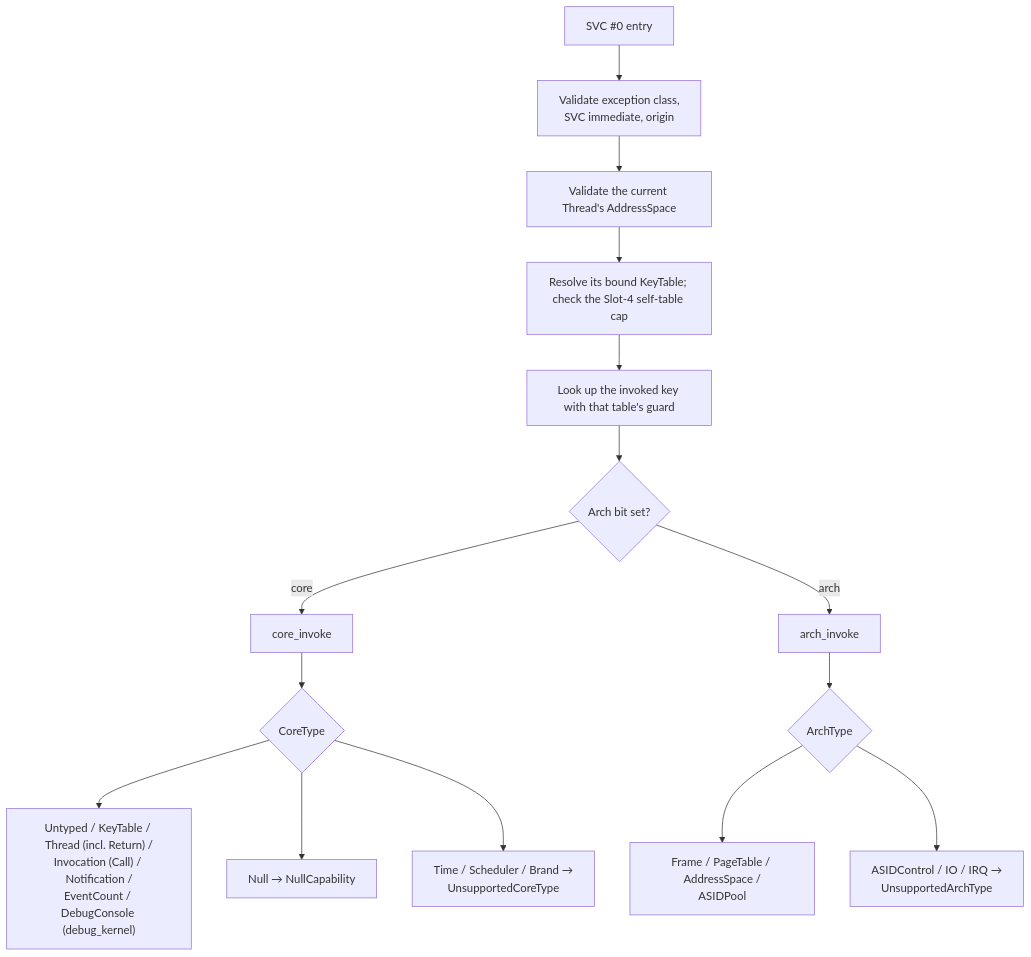
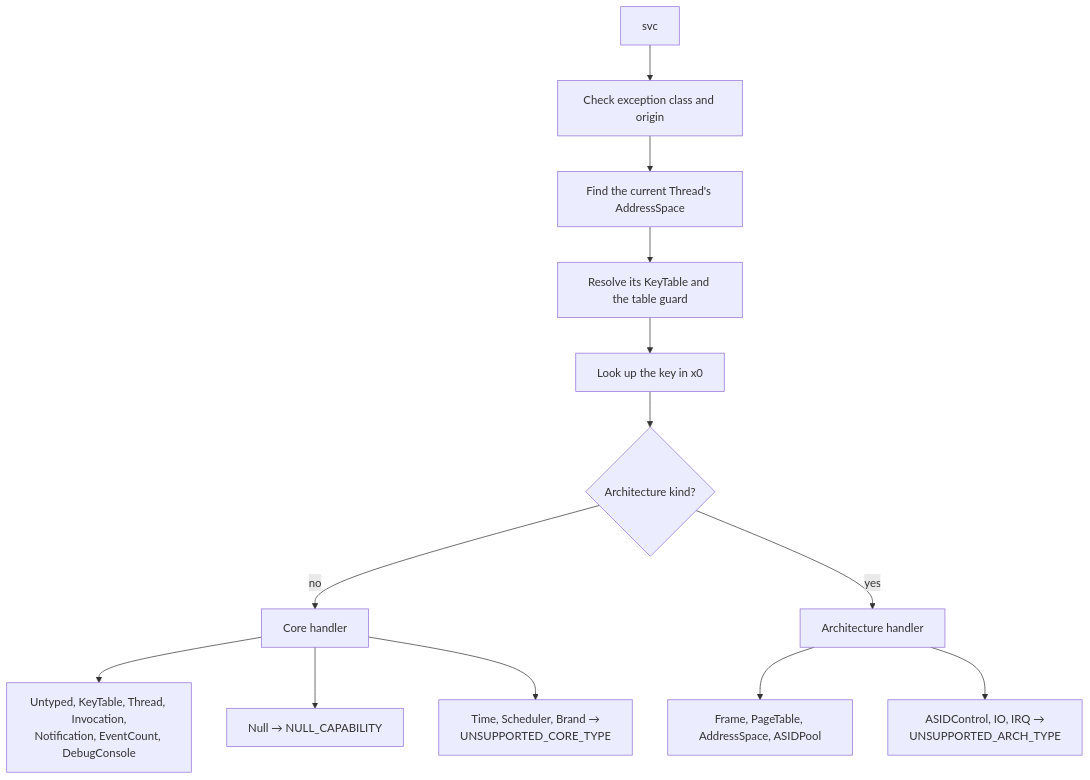
The diagram in doc/object_types/README.md (metta-systems/vesper), drawn with Mermaid before and after one commit. The commit also changed other lines of this file and 23 other files, not shown here.

````diff
--- a/doc/object_types/README.md
+++ b/doc/object_types/README.md
@@ -84,17 +137,15 @@
 ```mermaid
 flowchart TD
-    A["SVC #0 entry"] --> B["Validate exception class,<br/>SVC immediate, origin"]
-    B --> AS["Validate the current Thread's AddressSpace"]
-    AS --> KT["Resolve its bound KeyTable; check the Slot-4 self-table cap"]
-    KT --> C["Look up the invoked key with that table's guard"]
-    C --> D{"Arch bit set?"}
-    D -- "core" --> E["core_invoke"]
-    D -- "arch" --> F["arch_invoke"]
-    E --> G{"CoreType"}
-    G --> H["Untyped / KeyTable / Thread (incl. Return) /<br/>Invocation (Call) / Notification /<br/>EventCount / DebugConsole (debug_kernel)"]
-    G --> I["Null → NullCapability"]
-    G --> J["Time / Scheduler / Brand →<br/>UnsupportedCoreType"]
-    F --> K{"ArchType"}
-    K --> L["Frame / PageTable / AddressSpace /<br/>ASIDPool"]
-    K --> M["ASIDControl / IO / IRQ →<br/>UnsupportedArchType"]
+    A["svc"] --> B["Check exception class and origin"]
+    B --> AS["Find the current Thread's AddressSpace"]
+    AS --> KT["Resolve its KeyTable and the table guard"]
+    KT --> C["Look up the key in x0"]
+    C --> D{"Architecture kind?"}
+    D -- "no" --> E["Core handler"]
+    D -- "yes" --> F["Architecture handler"]
+    E --> G["Untyped, KeyTable, Thread, Invocation,<br/>Notification, EventCount, DebugConsole"]
+    E --> I["Null → NULL_CAPABILITY"]
+    E --> J["Time, Scheduler, Brand →<br/>UNSUPPORTED_CORE_TYPE"]
+    F --> L["Frame, PageTable, AddressSpace, ASIDPool"]
+    F --> M["ASIDControl, IO, IRQ →<br/>UNSUPPORTED_ARCH_TYPE"]
 ```
````
